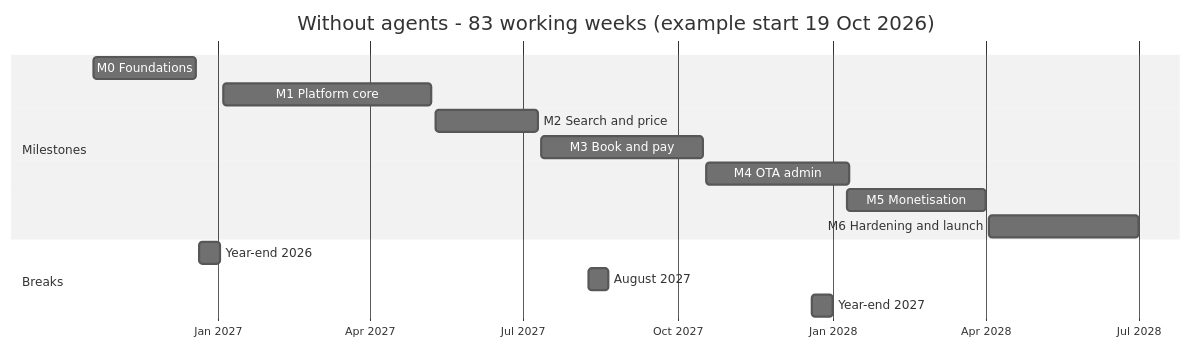
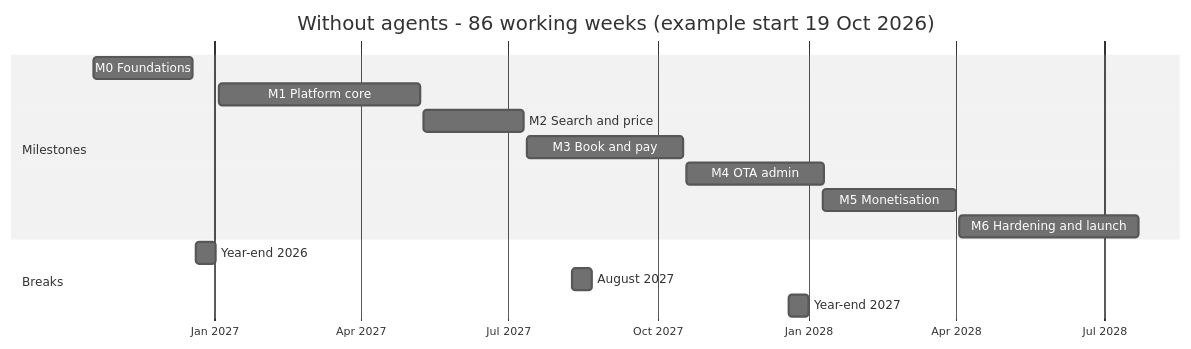
One commit to bhagwati-prasad/velexis-ota changed the second of 3 diagrams in docs/mvp/plans/roadmap.md. Above: the diagram before and after it, drawn with Mermaid (neutral theme). The commit also changed other lines of this file and 15 other files, not shown here.

````diff
--- a/docs/mvp/plans/roadmap.md
+++ b/docs/mvp/plans/roadmap.md
@@ -162,18 +170,18 @@
 ```mermaid
 gantt
-  title Without agents - 83 working weeks (example start 19 Oct 2026)
+  title Without agents - 86 working weeks (example start 19 Oct 2026)
   dateFormat YYYY-MM-DD
   axisFormat %b %Y
   section Milestones
   M0 Foundations          :n0, 2026-10-19, 2026-12-19
   M1 Platform core        :n1, 2027-01-04, 2027-05-08
   M2 Search and price     :n2, 2027-05-10, 2027-07-10
   M3 Book and pay         :n3, 2027-07-12, 2027-10-16
   M4 OTA admin            :n4, 2027-10-18, 2028-01-11
   M5 Monetisation         :n5, 2028-01-10, 2028-04-01
-  M6 Hardening and launch :n6, 2028-04-03, 2028-07-01
+  M6 Hardening and launch :n6, 2028-04-03, 2028-07-22
   section Breaks
   Year-end 2026           :2026-12-21, 2027-01-02
   August 2027             :2027-08-09, 2027-08-21
   Year-end 2027           :2027-12-20, 2028-01-01
 ```
````
